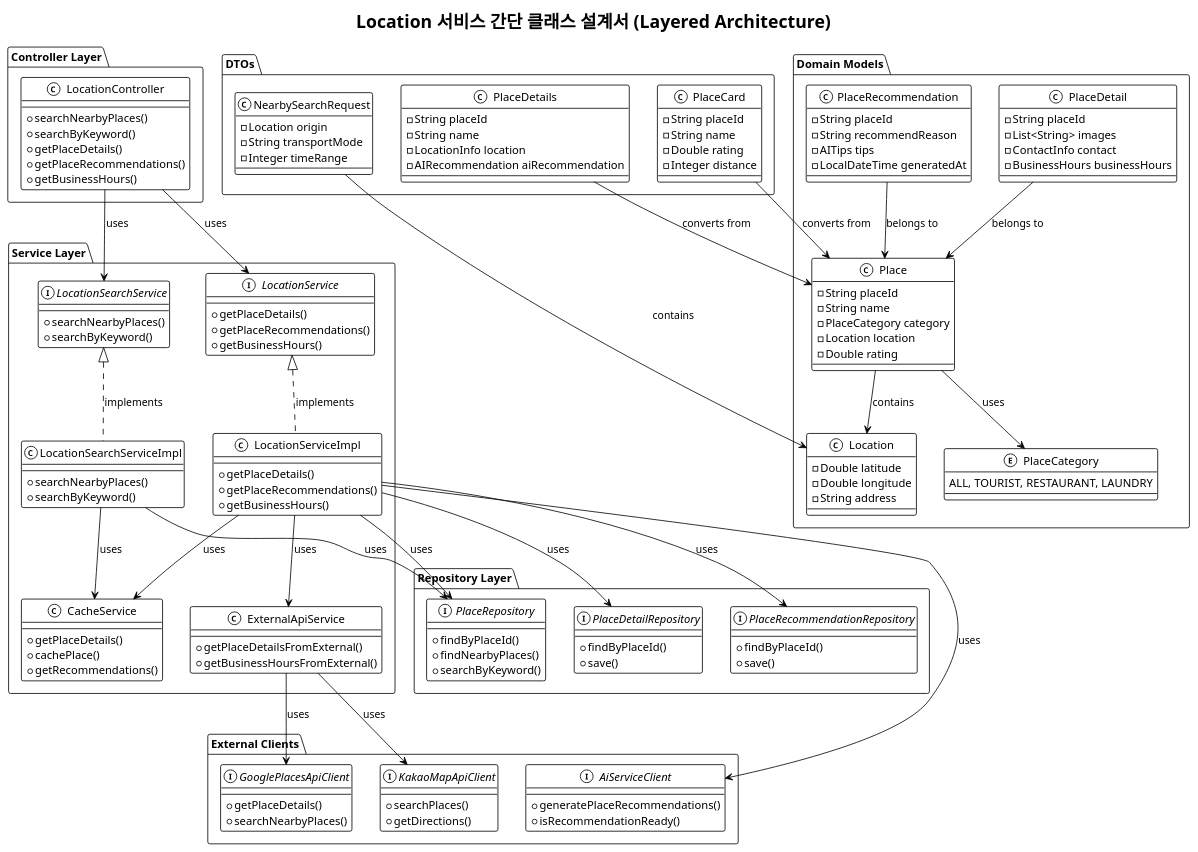
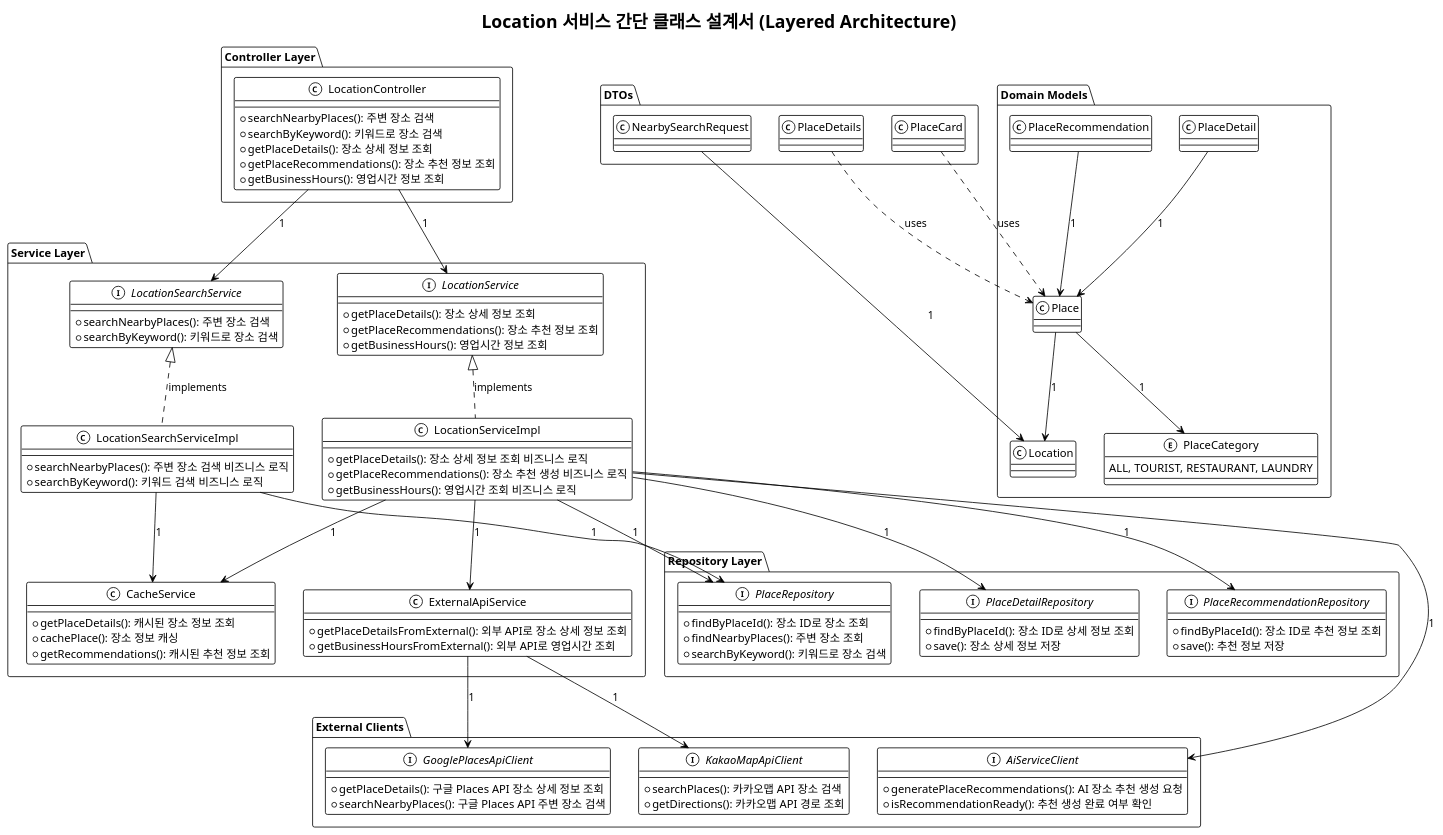
One commit to cna-bootcamp/tripgen changed the diagram in design/backend/class/location-simple.puml. Above: the diagram before and after it, drawn with PlantUML. The commit also changed 4 other files, not shown here.

```diff
--- a/design/backend/class/location-simple.puml
+++ b/design/backend/class/location-simple.puml
@@ -1,188 +1,154 @@
 @startuml
 !theme mono
 
 title Location 서비스 간단 클래스 설계서 (Layered Architecture)
 
 ' ======================================
 ' Core Layers
 ' ======================================
 package "Controller Layer" {
     class LocationController {
-        +searchNearbyPlaces()
-        +searchByKeyword()
-        +getPlaceDetails()
-        +getPlaceRecommendations()
-        +getBusinessHours()
+        +searchNearbyPlaces(): 주변 장소 검색
+        +searchByKeyword(): 키워드로 장소 검색
+        +getPlaceDetails(): 장소 상세 정보 조회
+        +getPlaceRecommendations(): 장소 추천 정보 조회
+        +getBusinessHours(): 영업시간 정보 조회
     }
 }
 
 package "Service Layer" {
     interface LocationService {
-        +getPlaceDetails()
-        +getPlaceRecommendations()
-        +getBusinessHours()
+        +getPlaceDetails(): 장소 상세 정보 조회
+        +getPlaceRecommendations(): 장소 추천 정보 조회
+        +getBusinessHours(): 영업시간 정보 조회
     }
     
     interface LocationSearchService {
-        +searchNearbyPlaces()
-        +searchByKeyword()
+        +searchNearbyPlaces(): 주변 장소 검색
+        +searchByKeyword(): 키워드로 장소 검색
     }
     
     class LocationServiceImpl {
-        +getPlaceDetails()
-        +getPlaceRecommendations()
-        +getBusinessHours()
+        +getPlaceDetails(): 장소 상세 정보 조회 비즈니스 로직
+        +getPlaceRecommendations(): 장소 추천 생성 비즈니스 로직
+        +getBusinessHours(): 영업시간 조회 비즈니스 로직
     }
     
     class LocationSearchServiceImpl {
-        +searchNearbyPlaces()
-        +searchByKeyword()
+        +searchNearbyPlaces(): 주변 장소 검색 비즈니스 로직
+        +searchByKeyword(): 키워드 검색 비즈니스 로직
     }
     
     class ExternalApiService {
-        +getPlaceDetailsFromExternal()
-        +getBusinessHoursFromExternal()
+        +getPlaceDetailsFromExternal(): 외부 API로 장소 상세 정보 조회
+        +getBusinessHoursFromExternal(): 외부 API로 영업시간 조회
     }
     
     class CacheService {
-        +getPlaceDetails()
-        +cachePlace()
-        +getRecommendations()
+        +getPlaceDetails(): 캐시된 장소 정보 조회
+        +cachePlace(): 장소 정보 캐싱
+        +getRecommendations(): 캐시된 추천 정보 조회
     }
 }
 
 package "Repository Layer" {
     interface PlaceRepository {
-        +findByPlaceId()
-        +findNearbyPlaces()
-        +searchByKeyword()
+        +findByPlaceId(): 장소 ID로 장소 조회
+        +findNearbyPlaces(): 주변 장소 조회
+        +searchByKeyword(): 키워드로 장소 검색
     }
     
     interface PlaceDetailRepository {
-        +findByPlaceId()
-        +save()
+        +findByPlaceId(): 장소 ID로 상세 정보 조회
+        +save(): 장소 상세 정보 저장
     }
     
     interface PlaceRecommendationRepository {
-        +findByPlaceId()
-        +save()
+        +findByPlaceId(): 장소 ID로 추천 정보 조회
+        +save(): 추천 정보 저장
     }
 }
 
 package "External Clients" {
     interface AiServiceClient {
-        +generatePlaceRecommendations()
-        +isRecommendationReady()
+        +generatePlaceRecommendations(): AI 장소 추천 생성 요청
+        +isRecommendationReady(): 추천 생성 완료 여부 확인
     }
     
     interface GooglePlacesApiClient {
-        +getPlaceDetails()
-        +searchNearbyPlaces()
+        +getPlaceDetails(): 구글 Places API 장소 상세 정보 조회
+        +searchNearbyPlaces(): 구글 Places API 주변 장소 검색
     }
     
     interface KakaoMapApiClient {
-        +searchPlaces()
-        +getDirections()
+        +searchPlaces(): 카카오맵 API 장소 검색
+        +getDirections(): 카카오맵 API 경로 조회
     }
 }
 
 ' ======================================
 ' Core Domain Models
 ' ======================================
 package "Domain Models" {
-    class Place {
-        -String placeId
-        -String name
-        -PlaceCategory category
-        -Location location
-        -Double rating
-    }
+    class Place
     
-    class PlaceDetail {
-        -String placeId
-        -List<String> images
-        -ContactInfo contact
-        -BusinessHours businessHours
-    }
+    class PlaceDetail
     
-    class PlaceRecommendation {
-        -String placeId
-        -String recommendReason
-        -AITips tips
-        -LocalDateTime generatedAt
-    }
+    class PlaceRecommendation
     
-    class Location {
-        -Double latitude
-        -Double longitude
-        -String address
-    }
+    class Location
     
     enum PlaceCategory {
         ALL, TOURIST, RESTAURANT, LAUNDRY
     }
 }
 
 ' ======================================
 ' Key DTOs
 ' ======================================
 package "DTOs" {
-    class NearbySearchRequest {
-        -Location origin
-        -String transportMode
-        -Integer timeRange
-    }
+    class NearbySearchRequest
     
-    class PlaceDetails {
-        -String placeId
-        -String name
-        -LocationInfo location
-        -AIRecommendation aiRecommendation
-    }
+    class PlaceDetails
     
-    class PlaceCard {
-        -String placeId
-        -String name
-        -Double rating
-        -Integer distance
-    }
+    class PlaceCard
 }
 
 ' ======================================
 ' Layer Dependencies (Layered Architecture)
 ' ======================================
-LocationController --> LocationService : uses
-LocationController --> LocationSearchService : uses
+LocationController --> LocationService : 1
+LocationController --> LocationSearchService : 1
 
 LocationService <|.. LocationServiceImpl : implements
 LocationSearchService <|.. LocationSearchServiceImpl : implements
 
-LocationServiceImpl --> PlaceRepository : uses
-LocationServiceImpl --> PlaceDetailRepository : uses
-LocationServiceImpl --> PlaceRecommendationRepository : uses
-LocationServiceImpl --> ExternalApiService : uses
-LocationServiceImpl --> CacheService : uses
-LocationServiceImpl --> AiServiceClient : uses
+LocationServiceImpl --> PlaceRepository : 1
+LocationServiceImpl --> PlaceDetailRepository : 1
+LocationServiceImpl --> PlaceRecommendationRepository : 1
+LocationServiceImpl --> ExternalApiService : 1
+LocationServiceImpl --> CacheService : 1
+LocationServiceImpl --> AiServiceClient : 1
 
-LocationSearchServiceImpl --> PlaceRepository : uses
-LocationSearchServiceImpl --> CacheService : uses
+LocationSearchServiceImpl --> PlaceRepository : 1
+LocationSearchServiceImpl --> CacheService : 1
 
-ExternalApiService --> GooglePlacesApiClient : uses
-ExternalApiService --> KakaoMapApiClient : uses
+ExternalApiService --> GooglePlacesApiClient : 1
+ExternalApiService --> KakaoMapApiClient : 1
 
 ' ======================================
 ' Domain Relationships
 ' ======================================
-Place --> Location : contains
-Place --> PlaceCategory : uses
-PlaceDetail --> Place : belongs to
-PlaceRecommendation --> Place : belongs to
+Place --> Location : 1
+Place --> PlaceCategory : 1
+PlaceDetail --> Place : 1
+PlaceRecommendation --> Place : 1
 
 ' ======================================
 ' DTO Relationships
 ' ======================================
-NearbySearchRequest --> Location : contains
-PlaceDetails --> Place : converts from
-PlaceCard --> Place : converts from
+NearbySearchRequest --> Location : 1
+PlaceDetails ..> Place : uses
+PlaceCard ..> Place : uses
 
 @enduml
```
